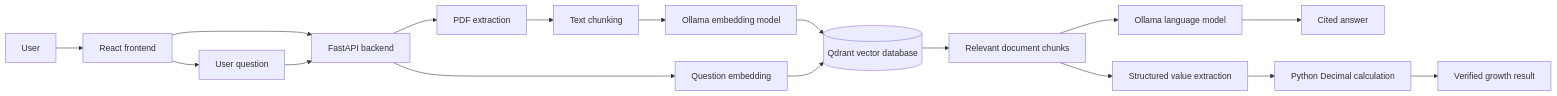
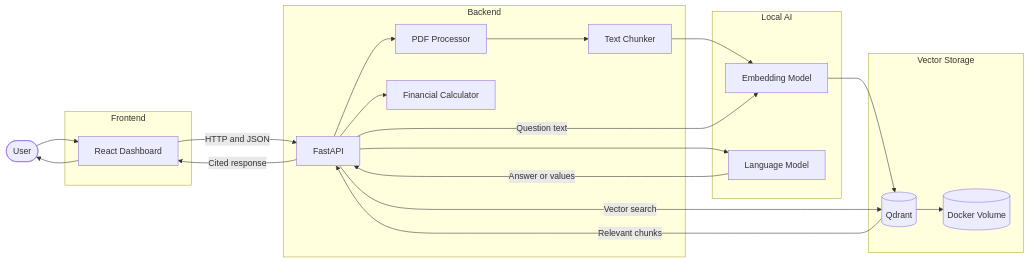
One commit to AbuBakerAttique/FinMind-AI changed the first of 5 diagrams in README.md. Above: the diagram before and after it, drawn with Mermaid. The commit also changed other lines of this file and 1 other file, not shown here.

Commit message:
Create professional README with diagrams and application preview

````diff
--- a/README.md
+++ b/README.md
@@ -27,22 +108,46 @@
 ```mermaid
 flowchart LR
-    User[User] --> React[React frontend]
-    React --> FastAPI[FastAPI backend]
+    user([User])
 
-    FastAPI --> PDF[PDF extraction]
-    PDF --> Chunks[Text chunking]
-    Chunks --> Embeddings[Ollama embedding model]
-    Embeddings --> Qdrant[(Qdrant vector database)]
+    subgraph frontendGroup[Frontend]
+        react[React Dashboard]
+    end
 
-    React --> Question[User question]
-    Question --> FastAPI
-    FastAPI --> QueryEmbedding[Question embedding]
-    QueryEmbedding --> Qdrant
-    Qdrant --> Context[Relevant document chunks]
-    Context --> LLM[Ollama language model]
-    LLM --> Answer[Cited answer]
+    subgraph backendGroup[Backend]
+        api[FastAPI]
+        pdf[PDF Processor]
+        chunker[Text Chunker]
+        calculator[Financial Calculator]
+    end
 
-    Context --> Extraction[Structured value extraction]
-    Extraction --> Calculator[Python Decimal calculation]
-    Calculator --> Verified[Verified growth result]
+    subgraph aiGroup[Local AI]
+        embedding[Embedding Model]
+        language[Language Model]
+    end
+
+    subgraph storageGroup[Vector Storage]
+        qdrant[(Qdrant)]
+        volume[(Docker Volume)]
+    end
+
+    user --> react
+    react -->|HTTP and JSON| api
+
+    api --> pdf
+    pdf --> chunker
+    chunker --> embedding
+    embedding --> qdrant
+
+    api -->|Question text| embedding
+    api -->|Vector search| qdrant
+    qdrant -->|Relevant chunks| api
+
+    api --> language
+    language -->|Answer or values| api
+    api --> calculator
+
+    qdrant --> volume
+
+    api -->|Cited response| react
+    react --> user
 ```
````
